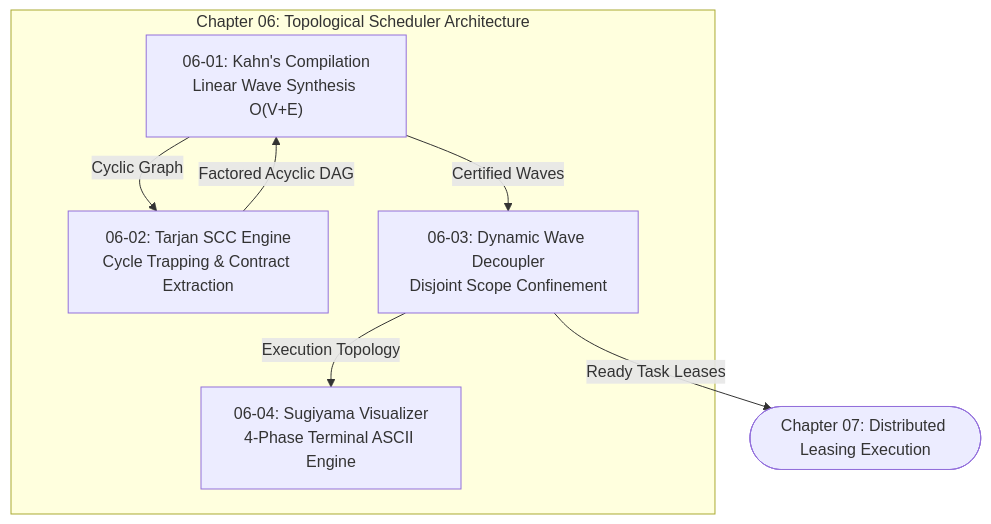
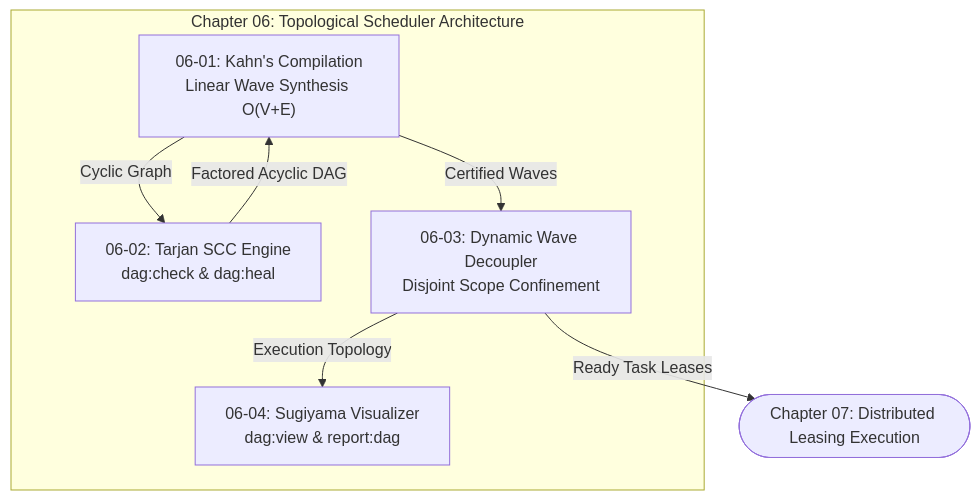
Before and after one commit to onurseckin/skills: the diagram in docs/olt/architecture/06-topological-scheduler-dags/index.md, drawn with Mermaid. The commit also changed other lines of this file and 115 other files, not shown here.

````diff
--- a/docs/olt/architecture/06-topological-scheduler-dags/index.md
+++ b/docs/olt/architecture/06-topological-scheduler-dags/index.md
@@ -97,15 +95,15 @@
 ```mermaid
 flowchart TD
     subgraph "Chapter 06: Topological Scheduler Architecture"
         Kahn["06-01: Kahn's Compilation<br/>Linear Wave Synthesis O(V+E)"]
-        Tarjan["06-02: Tarjan SCC Engine<br/>Cycle Trapping & Contract Extraction"]
+        Tarjan["06-02: Tarjan SCC Engine<br/>dag:check & dag:heal"]
         Dynamic["06-03: Dynamic Wave Decoupler<br/>Disjoint Scope Confinement"]
-        Sugiyama["06-04: Sugiyama Visualizer<br/>4-Phase Terminal ASCII Engine"]
+        Sugiyama["06-04: Sugiyama Visualizer<br/>dag:view & report:dag"]
     end
 
     Kahn -->|"Cyclic Graph"| Tarjan
     Tarjan -->|"Factored Acyclic DAG"| Kahn
     Kahn -->|"Certified Waves"| Dynamic
     Dynamic -->|"Execution Topology"| Sugiyama
     Dynamic -->|"Ready Task Leases"| NextChapter(["Chapter 07: Distributed Leasing Execution"])
 ```
````
